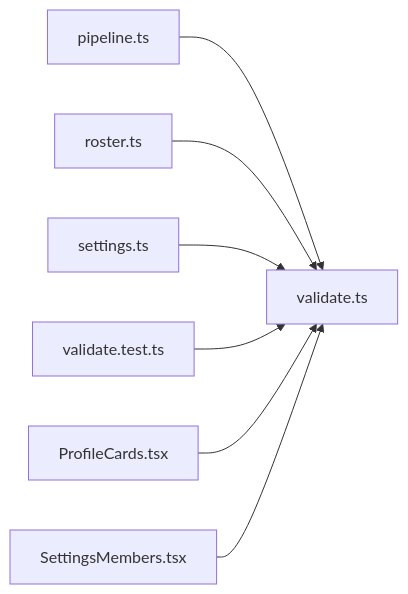
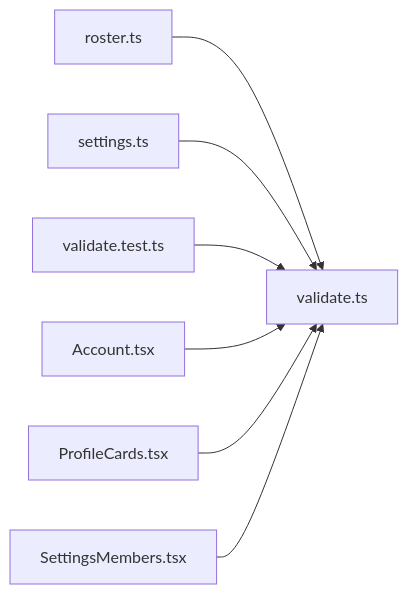
One commit to minkong-dev/Banblit changed the diagram in .cluedoc/graph/frontend/src/lib/validate.md. Above: the diagram before and after it, drawn with Mermaid. The commit also changed other lines of this file and 56 other files, not shown here.

Commit message:
frontend: import pure lib functions from their own files instead of through pipeline

````diff
--- a/.cluedoc/graph/frontend/src/lib/validate.md
+++ b/.cluedoc/graph/frontend/src/lib/validate.md
@@ -10,10 +10,10 @@
 ```mermaid
 flowchart LR
   frontend_src_lib_validate["validate.ts"]
-  frontend_src_lib_pipeline["pipeline.ts"] --> frontend_src_lib_validate
   frontend_src_lib_roster["roster.ts"] --> frontend_src_lib_validate
   frontend_src_lib_settings["settings.ts"] --> frontend_src_lib_validate
   frontend_src_lib_validate_test["validate.test.ts"] --> frontend_src_lib_validate
+  frontend_src_routes_Account["Account.tsx"] --> frontend_src_lib_validate
   frontend_src_routes_ProfileCards["ProfileCards.tsx"] --> frontend_src_lib_validate
   frontend_src_routes_SettingsMembers["SettingsMembers.tsx"] --> frontend_src_lib_validate
 ```
````
